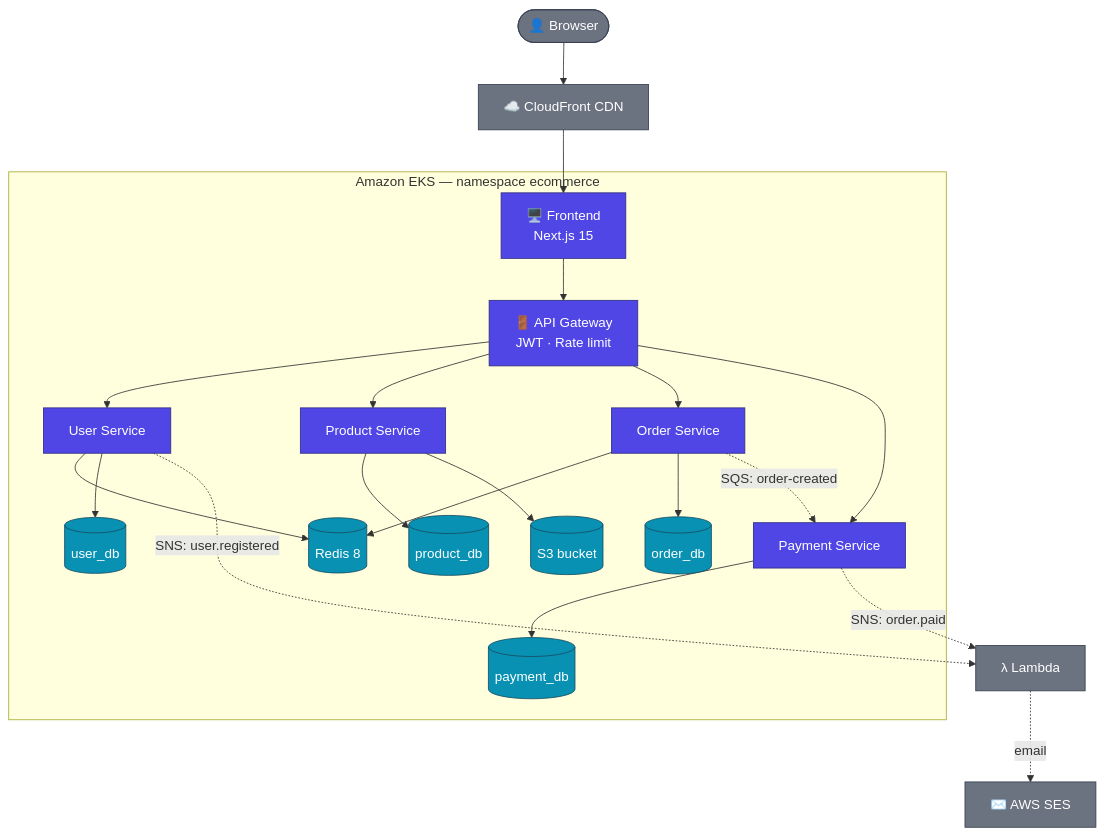
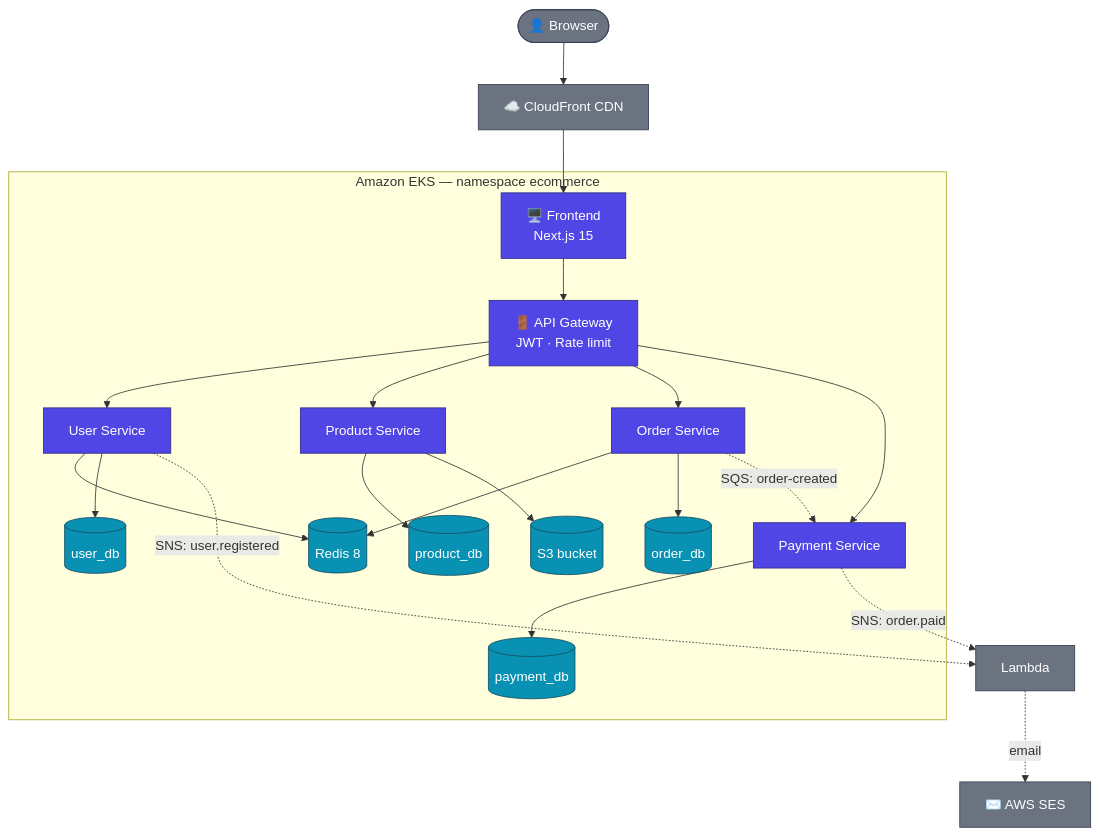
One commit to nguyenkdy/DevSecOps_Project changed the first of 4 diagrams in README.md. Above: the diagram before and after it, drawn with Mermaid. The commit also changed 1 other file, not shown here.

````diff
--- a/README.md
+++ b/README.md
@@ -25,36 +25,36 @@
 ```mermaid
 flowchart TB
     Browser(["👤 Browser"]) --> CDN["☁️ CloudFront CDN"]
     CDN --> FE
 
     subgraph EKS["Amazon EKS — namespace ecommerce"]
         FE["🖥️ Frontend<br/>Next.js 15"] --> GW["🚪 API Gateway<br/>JWT · Rate limit"]
 
         GW --> US["User Service"]
         GW --> PS["Product Service"]
         GW --> OS["Order Service"]
         GW --> PAY["Payment Service"]
 
         US --> REDIS[("Redis 8")]
         OS --> REDIS
 
         US --> UDB[("user_db")]
         PS --> PDB[("product_db")]
         OS --> ODB[("order_db")]
         PAY --> PAYDB[("payment_db")]
 
         PS --> S3[("S3 bucket")]
     end
 
     OS -. "SQS: order-created" .-> PAY
-    US -. "SNS: user.registered" .-> LAMBDA["λ Lambda"]
+    US -. "SNS: user.registered" .-> LAMBDA["Lambda"]
     PAY -. "SNS: order.paid" .-> LAMBDA
     LAMBDA -. email .-> SES["✉️ AWS SES"]
 
     classDef svc fill:#4f46e5,stroke:#312e81,color:#fff
     classDef db fill:#0891b2,stroke:#164e63,color:#fff
     classDef ext fill:#6b7280,stroke:#374151,color:#fff
     class US,PS,OS,PAY,GW,FE svc
     class UDB,PDB,ODB,PAYDB,REDIS,S3 db
     class Browser,CDN,SES,LAMBDA ext
 ```
````
